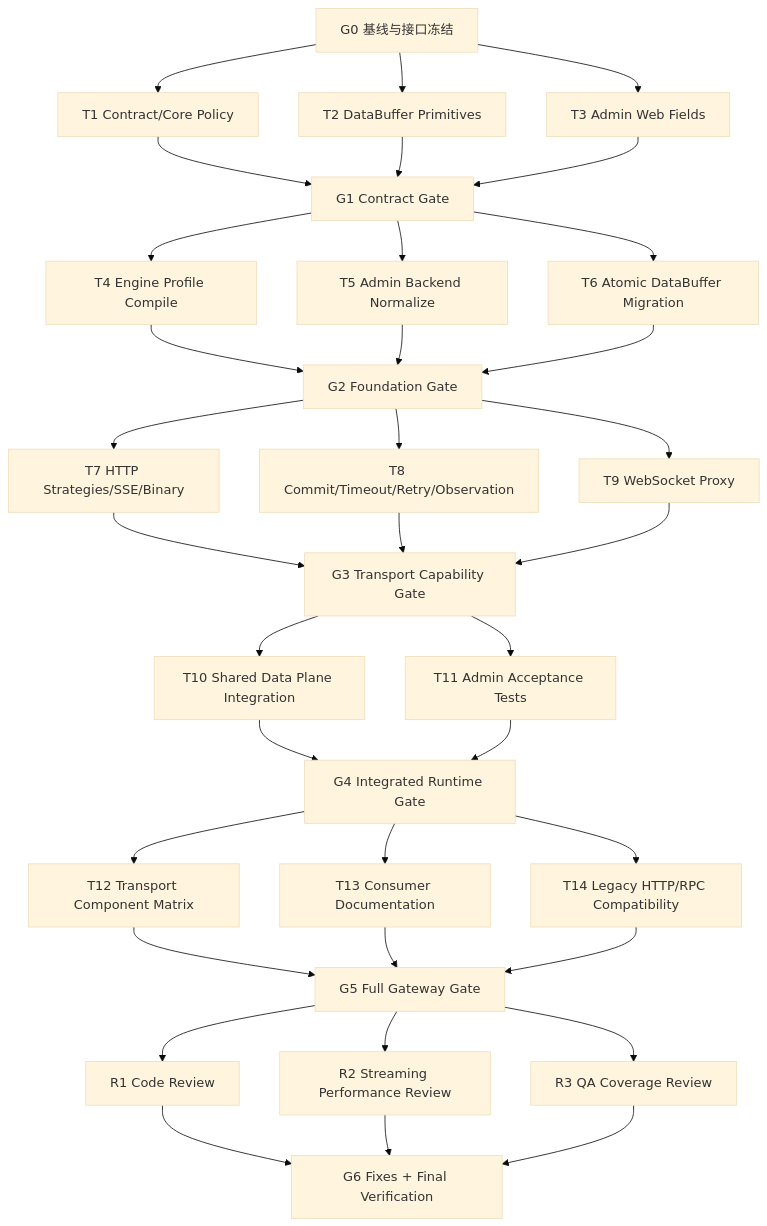
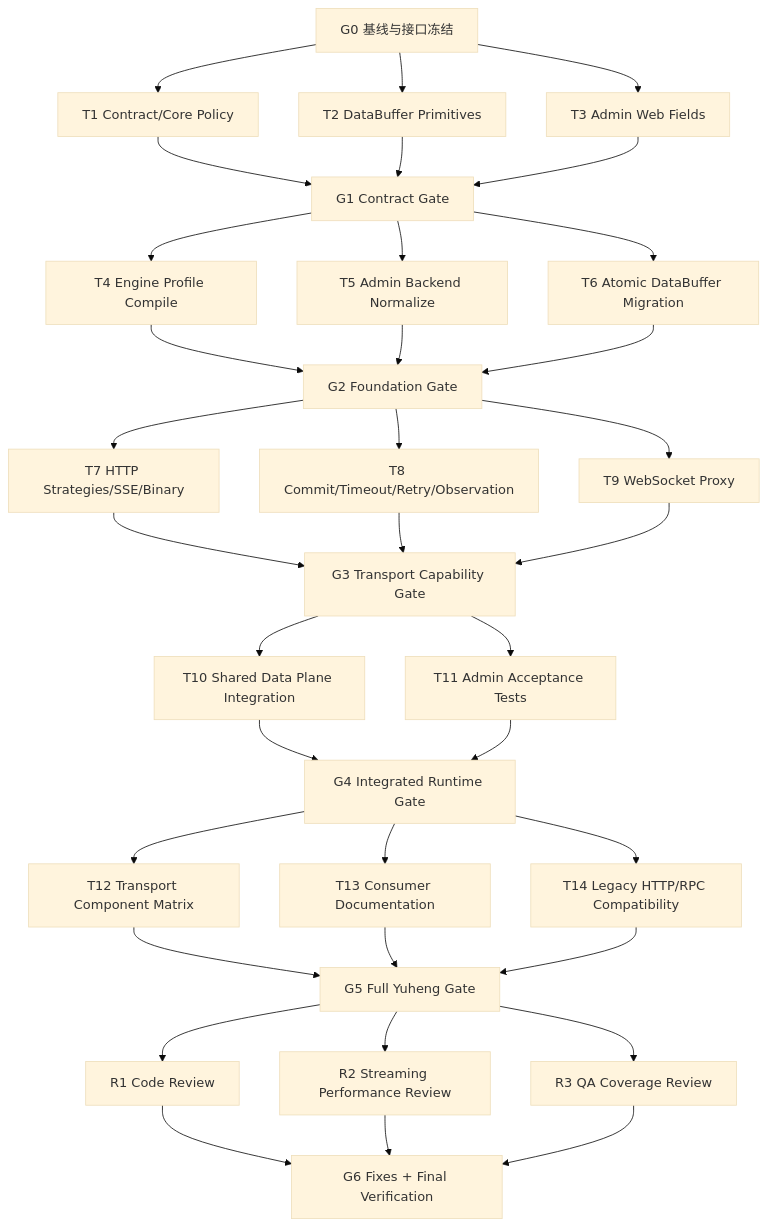
Before and after one commit to AllenDEricDAlexander/Egon-COLA: the diagram in docs/superpowers/plans/2026-07-30-gateway-openai-streaming-transport-parallel.md, drawn with Mermaid (base theme). The commit also changed other lines of this file and 233 other files, not shown here.

````diff
--- a/docs/superpowers/plans/2026-07-30-gateway-openai-streaming-transport-parallel.md
+++ b/docs/superpowers/plans/2026-07-30-gateway-openai-streaming-transport-parallel.md
@@ -120,37 +120,37 @@
 ```mermaid
 flowchart TD
     G0["G0 基线与接口冻结"] --> W1A["T1 Contract/Core Policy"]
     G0 --> W1B["T2 DataBuffer Primitives"]
     G0 --> W1C["T3 Admin Web Fields"]
     W1A --> G1["G1 Contract Gate"]
     W1B --> G1
     W1C --> G1
     G1 --> W2A["T4 Engine Profile Compile"]
     G1 --> W2B["T5 Admin Backend Normalize"]
     G1 --> W2C["T6 Atomic DataBuffer Migration"]
     W2A --> G2["G2 Foundation Gate"]
     W2B --> G2
     W2C --> G2
     G2 --> W3A["T7 HTTP Strategies/SSE/Binary"]
     G2 --> W3B["T8 Commit/Timeout/Retry/Observation"]
     G2 --> W3C["T9 WebSocket Proxy"]
     W3A --> G3["G3 Transport Capability Gate"]
     W3B --> G3
     W3C --> G3
     G3 --> W4A["T10 Shared Data Plane Integration"]
     G3 --> W4B["T11 Admin Acceptance Tests"]
     W4A --> G4["G4 Integrated Runtime Gate"]
     W4B --> G4
     G4 --> W5A["T12 Transport Component Matrix"]
     G4 --> W5B["T13 Consumer Documentation"]
     G4 --> W5C["T14 Legacy HTTP/RPC Compatibility"]
-    W5A --> G5["G5 Full Gateway Gate"]
+    W5A --> G5["G5 Full Yuheng Gate"]
     W5B --> G5
     W5C --> G5
     G5 --> R1["R1 Code Review"]
     G5 --> R2["R2 Streaming Performance Review"]
     G5 --> R3["R3 QA Coverage Review"]
     R1 --> G6["G6 Fixes + Final Verification"]
     R2 --> G6
     R3 --> G6
 ```
````
